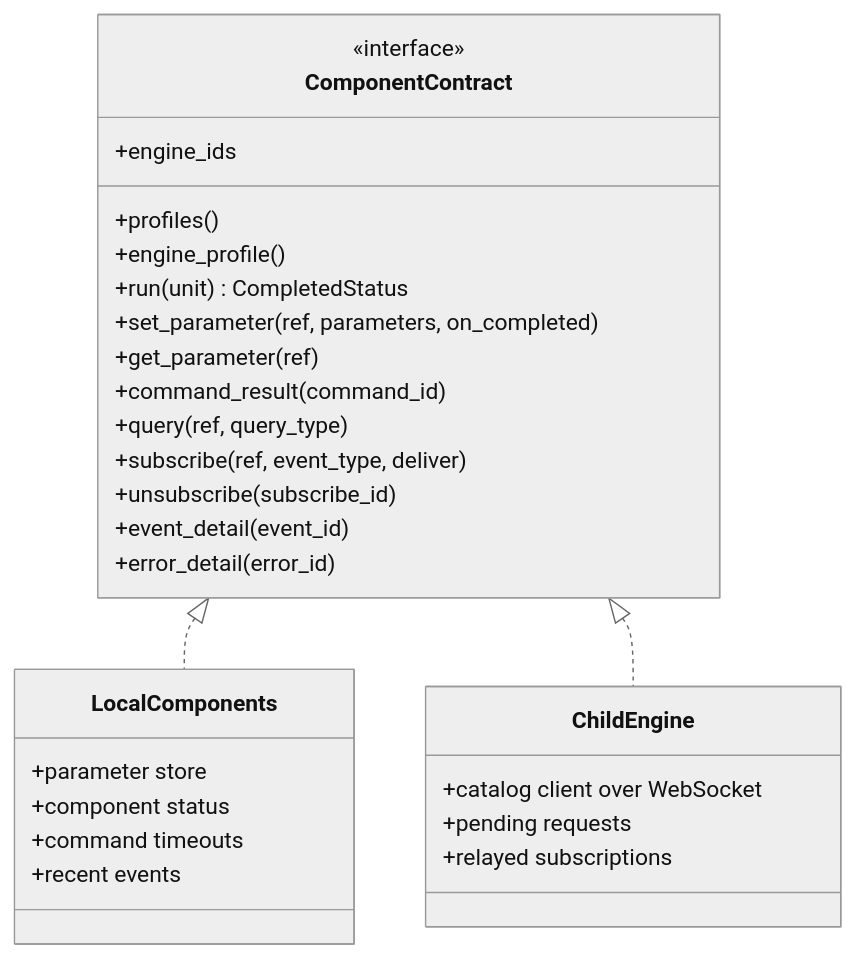
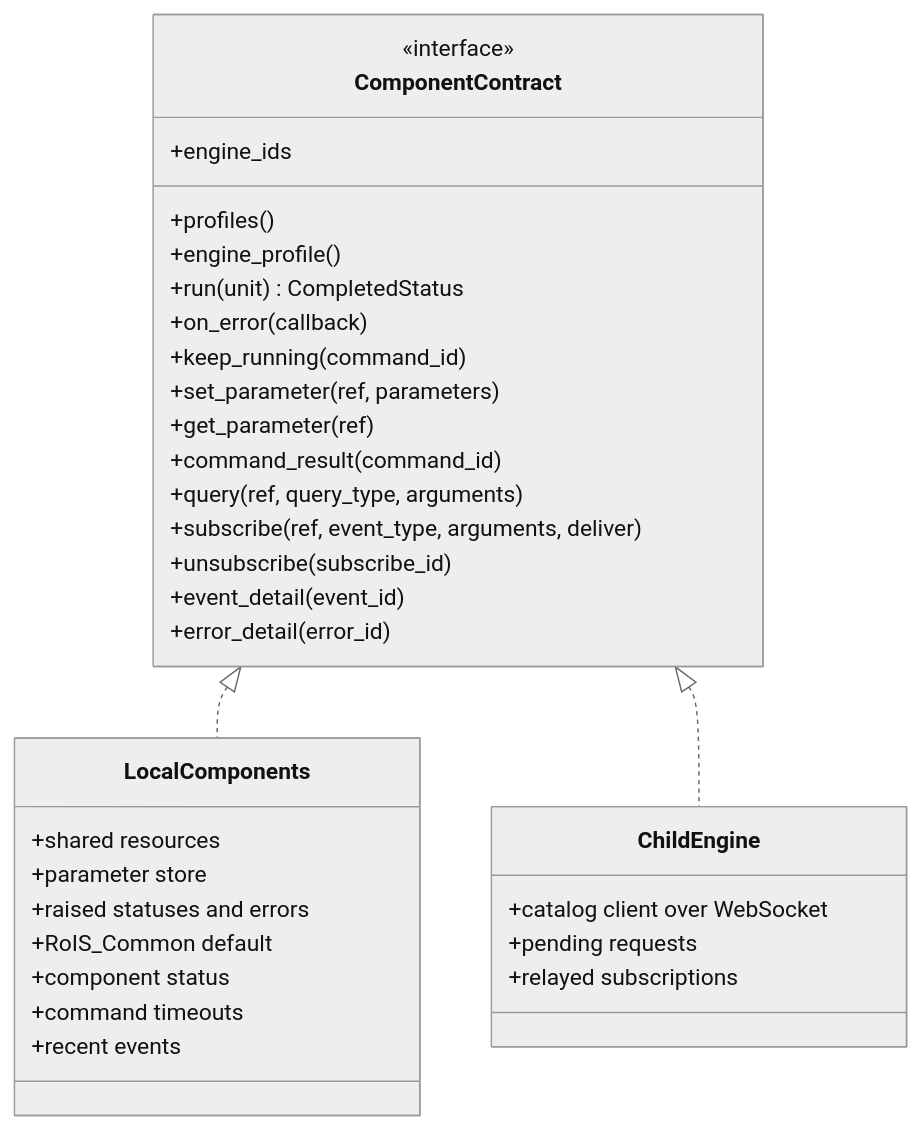
Before and after one commit to openrois/openrois: the sixth of 18 diagrams in docs/white-paper.md, drawn with Mermaid (neutral theme). The commit also changed other lines of this file and 33 other files, not shown here.

````diff
--- a/docs/white-paper.md
+++ b/docs/white-paper.md
@@ -502,34 +517,39 @@
 ```mermaid
 classDiagram
     class ComponentContract {
         <<interface>>
         +engine_ids
         +profiles()
         +engine_profile()
         +run(unit) CompletedStatus
-        +set_parameter(ref, parameters, on_completed)
+        +on_error(callback)
+        +keep_running(command_id)
+        +set_parameter(ref, parameters)
         +get_parameter(ref)
         +command_result(command_id)
-        +query(ref, query_type)
-        +subscribe(ref, event_type, deliver)
+        +query(ref, query_type, arguments)
+        +subscribe(ref, event_type, arguments, deliver)
         +unsubscribe(subscribe_id)
         +event_detail(event_id)
         +error_detail(error_id)
     }
 
     class LocalComponents {
+        +shared resources
         +parameter store
+        +raised statuses and errors
+        +RoIS_Common default
         +component status
         +command timeouts
         +recent events
     }
 
     class ChildEngine {
         +catalog client over WebSocket
         +pending requests
         +relayed subscriptions
     }
 
     ComponentContract <|.. LocalComponents
     ComponentContract <|.. ChildEngine
 ```
````
